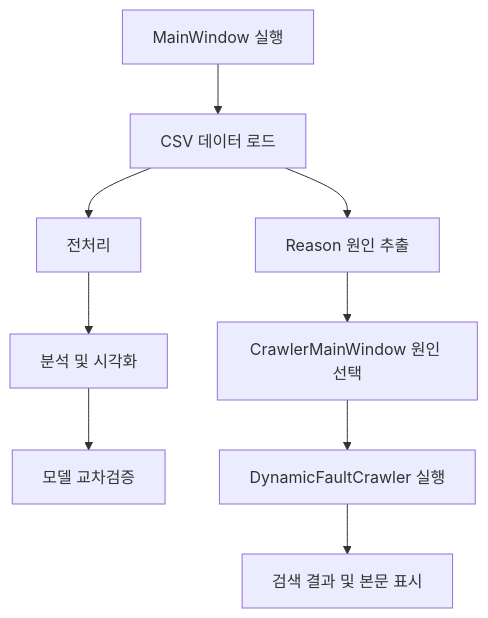
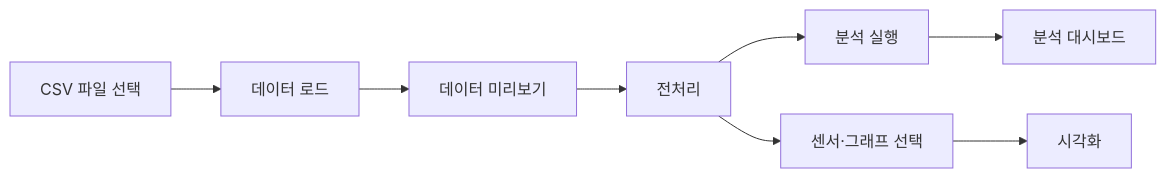
One commit to mitsuiJin/python-mini-project changed the first of 4 diagrams in README.md. Above: the diagram before and after it, drawn with Mermaid. The commit also changed other lines of this file and 4 other files, not shown here.

````diff
--- a/README.md
+++ b/README.md
@@ -191,11 +253,10 @@
 ```mermaid
-flowchart TD
-    A["MainWindow 실행"] --> B["CSV 데이터 로드"]
-    B --> C["전처리"]
-    C --> D["분석 및 시각화"]
-    D --> E["모델 교차검증"]
-    B --> F["Reason 원인 추출"]
-    F --> G["CrawlerMainWindow 원인 선택"]
-    G --> H["DynamicFaultCrawler 실행"]
-    H --> I["검색 결과 및 본문 표시"]
+flowchart LR
+    A["CSV 파일 선택"] --> B["데이터 로드"]
+    B --> C["데이터 미리보기"]
+    C --> D["전처리"]
+    D --> E["분석 실행"]
+    E --> F["분석 대시보드"]
+    D --> G["센서·그래프 선택"]
+    G --> H["시각화"]
 ```
````
